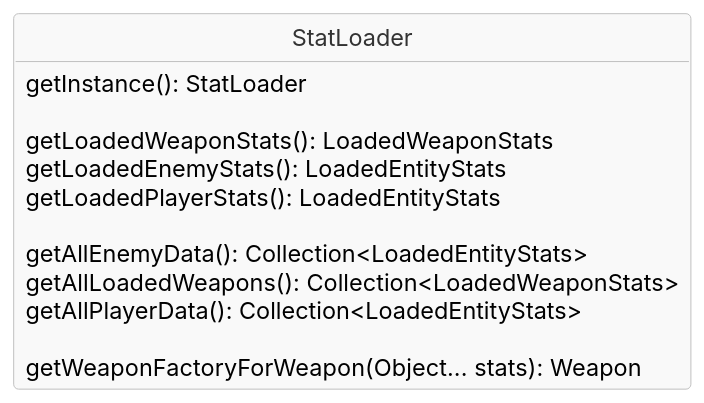
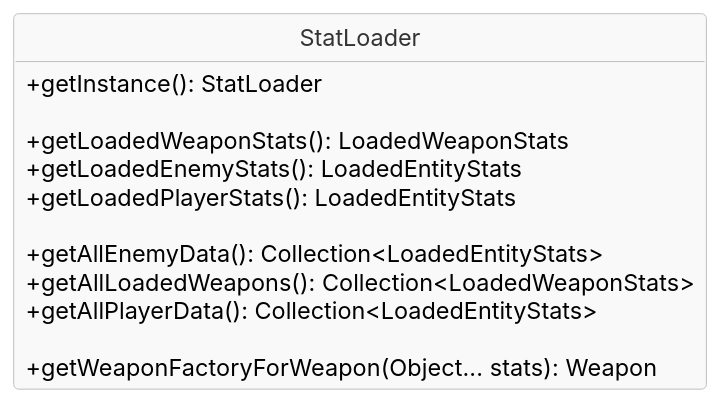
Before and after one commit to GiocoMatto/OOP25-wildenc: the diagram in report/uml/statloader.puml, drawn with PlantUML. The commit also changed 27 other files, not shown here.

```diff
--- a/report/uml/statloader.puml
+++ b/report/uml/statloader.puml
@@ -1,52 +1,52 @@
 @startuml StatLoader
 
 ' =========================
 '  Skin
 ' =========================
 
 skinparam shadowing false
 skinparam roundcorner 5
 skinparam dpi 150
 
 skinparam DefaultFontName "Inter"
 skinparam DefaultFontSize 12
 skinparam linetype ortho
 skinparam nodesep 80
 skinparam classAttributeIconSize 0
 
 skinparam class {
   BackgroundColor #F9F9F9
   BorderColor #BFBFBF
   FontColor #333333
 }
 
 skinparam Arrow {
   Color #9E9E9E
   Thickness 1
 }
 
 hide circle
 hide empty members
 
 ' =========================
 '  Classes
 ' =========================
 
 ' Subtitle for classes: 
 ' \n<size:10><i>(from model)</i></size>
 
 class StatLoader {
-    getInstance(): StatLoader
+    +getInstance(): StatLoader
     
-    getLoadedWeaponStats(): LoadedWeaponStats
-    getLoadedEnemyStats(): LoadedEntityStats
-    getLoadedPlayerStats(): LoadedEntityStats
+    +getLoadedWeaponStats(): LoadedWeaponStats
+    +getLoadedEnemyStats(): LoadedEntityStats
+    +getLoadedPlayerStats(): LoadedEntityStats
 
-    getAllEnemyData(): Collection<LoadedEntityStats>
-    getAllLoadedWeapons(): Collection<LoadedWeaponStats>
-    getAllPlayerData(): Collection<LoadedEntityStats>
+    +getAllEnemyData(): Collection<LoadedEntityStats>
+    +getAllLoadedWeapons(): Collection<LoadedWeaponStats>
+    +getAllPlayerData(): Collection<LoadedEntityStats>
     
-    getWeaponFactoryForWeapon(Object... stats): Weapon
+    +getWeaponFactoryForWeapon(Object... stats): Weapon
 }
 
 @enduml
```
